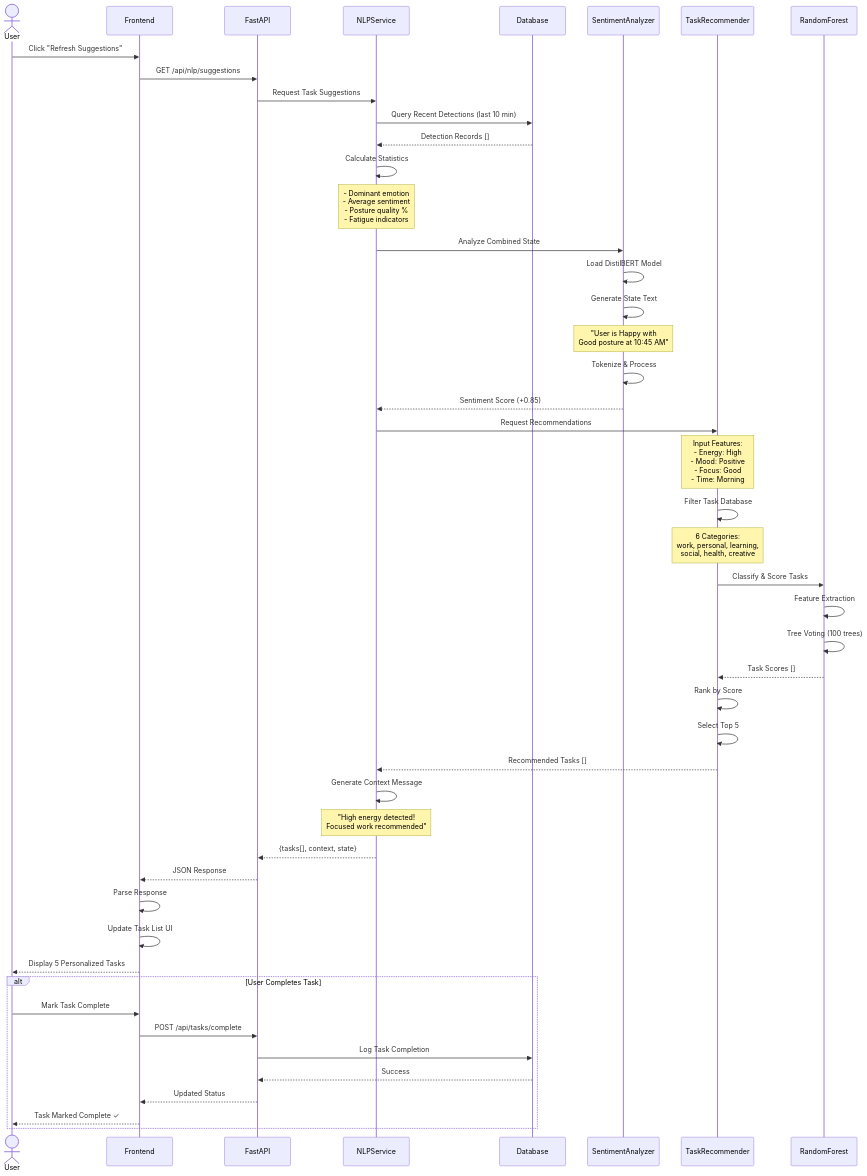
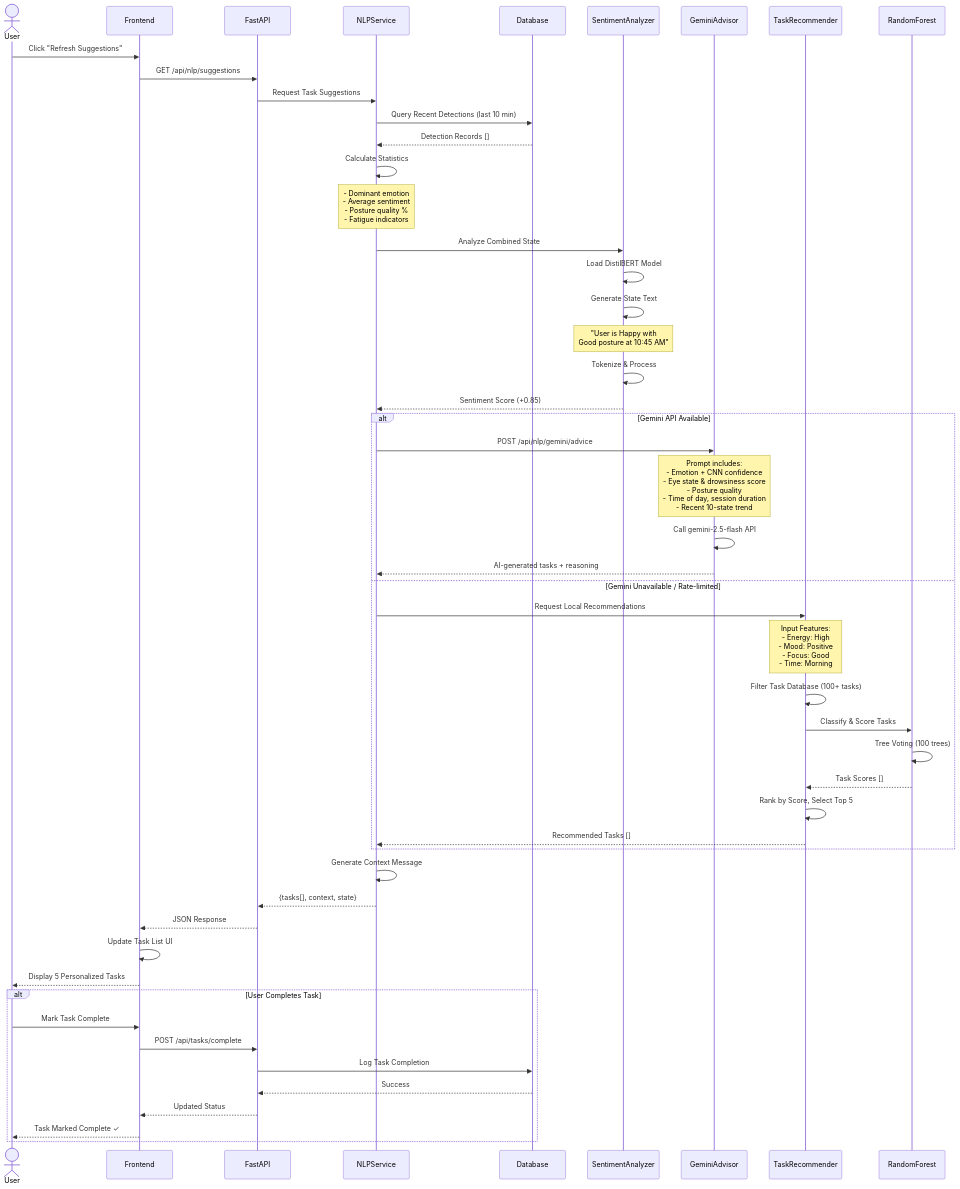
Before and after one commit to Sam124-Scorpion/SynTwin: the seventh of 10 diagrams in SYSTEM_DIAGRAMS.md, drawn with Mermaid. The commit also changed other lines of this file and 2 other files, not shown here.

````diff
--- a/SYSTEM_DIAGRAMS.md
+++ b/SYSTEM_DIAGRAMS.md
@@ -402,63 +427,60 @@
 ```mermaid
 sequenceDiagram
     actor User
     participant Frontend
     participant FastAPI
     participant NLPService
     participant Database
     participant SentimentAnalyzer
+    participant GeminiAdvisor
     participant TaskRecommender
     participant RandomForest
     
     User->>Frontend: Click "Refresh Suggestions"
     Frontend->>FastAPI: GET /api/nlp/suggestions
     
     FastAPI->>NLPService: Request Task Suggestions
     NLPService->>Database: Query Recent Detections (last 10 min)
     Database-->>NLPService: Detection Records []
     
     NLPService->>NLPService: Calculate Statistics
     Note over NLPService: - Dominant emotion<br/>- Average sentiment<br/>- Posture quality %<br/>- Fatigue indicators
     
     NLPService->>SentimentAnalyzer: Analyze Combined State
     SentimentAnalyzer->>SentimentAnalyzer: Load DistilBERT Model
     SentimentAnalyzer->>SentimentAnalyzer: Generate State Text
     Note over SentimentAnalyzer: "User is Happy with<br/>Good posture at 10:45 AM"
-    
     SentimentAnalyzer->>SentimentAnalyzer: Tokenize & Process
     SentimentAnalyzer-->>NLPService: Sentiment Score (+0.85)
     
-    NLPService->>TaskRecommender: Request Recommendations
-    Note over TaskRecommender: Input Features:<br/>- Energy: High<br/>- Mood: Positive<br/>- Focus: Good<br/>- Time: Morning
-    
-    TaskRecommender->>TaskRecommender: Filter Task Database
-    Note over TaskRecommender: 6 Categories:<br/>work, personal, learning,<br/>social, health, creative
-    
-    TaskRecommender->>RandomForest: Classify & Score Tasks
-    RandomForest->>RandomForest: Feature Extraction
-    RandomForest->>RandomForest: Tree Voting (100 trees)
-    RandomForest-->>TaskRecommender: Task Scores []
-    
-    TaskRecommender->>TaskRecommender: Rank by Score
-    TaskRecommender->>TaskRecommender: Select Top 5
-    TaskRecommender-->>NLPService: Recommended Tasks []
+    alt Gemini API Available
+        NLPService->>GeminiAdvisor: POST /api/nlp/gemini/advice
+        Note over GeminiAdvisor: Prompt includes:<br/>- Emotion + CNN confidence<br/>- Eye state & drowsiness score<br/>- Posture quality<br/>- Time of day, session duration<br/>- Recent 10-state trend
+        GeminiAdvisor->>GeminiAdvisor: Call gemini-2.5-flash API
+        GeminiAdvisor-->>NLPService: AI-generated tasks + reasoning
+    else Gemini Unavailable / Rate-limited
+        NLPService->>TaskRecommender: Request Local Recommendations
+        Note over TaskRecommender: Input Features:<br/>- Energy: High<br/>- Mood: Positive<br/>- Focus: Good<br/>- Time: Morning
+        TaskRecommender->>TaskRecommender: Filter Task Database (100+ tasks)
+        TaskRecommender->>RandomForest: Classify & Score Tasks
+        RandomForest->>RandomForest: Tree Voting (100 trees)
+        RandomForest-->>TaskRecommender: Task Scores []
+        TaskRecommender->>TaskRecommender: Rank by Score, Select Top 5
+        TaskRecommender-->>NLPService: Recommended Tasks []
+    end
     
     NLPService->>NLPService: Generate Context Message
-    Note over NLPService: "High energy detected!<br/>Focused work recommended"
-    
     NLPService-->>FastAPI: {tasks[], context, state}
     FastAPI-->>Frontend: JSON Response
-    
-    Frontend->>Frontend: Parse Response
     Frontend->>Frontend: Update Task List UI
     Frontend-->>User: Display 5 Personalized Tasks
     
     alt User Completes Task
         User->>Frontend: Mark Task Complete
         Frontend->>FastAPI: POST /api/tasks/complete
         FastAPI->>Database: Log Task Completion
         Database-->>FastAPI: Success
         FastAPI-->>Frontend: Updated Status
         Frontend-->>User: Task Marked Complete ✓
     end
 ```
````
